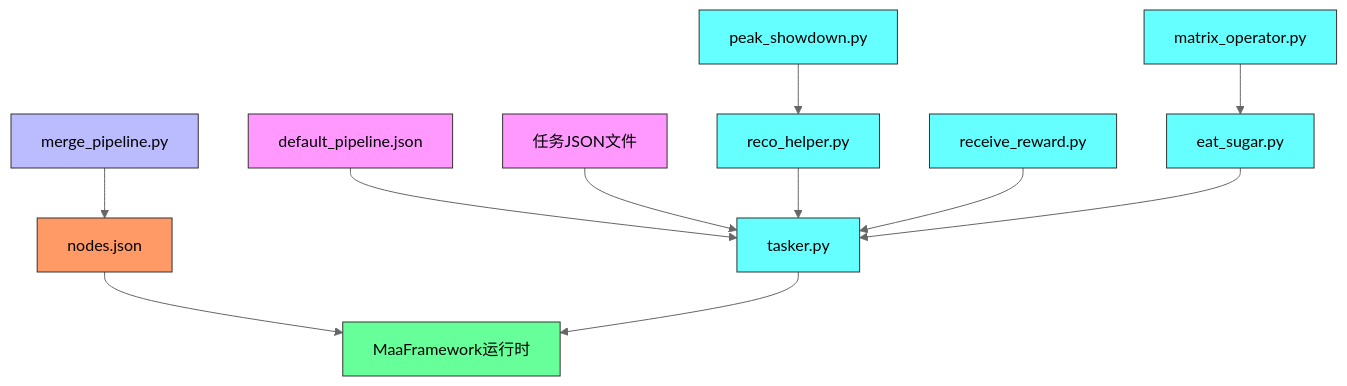
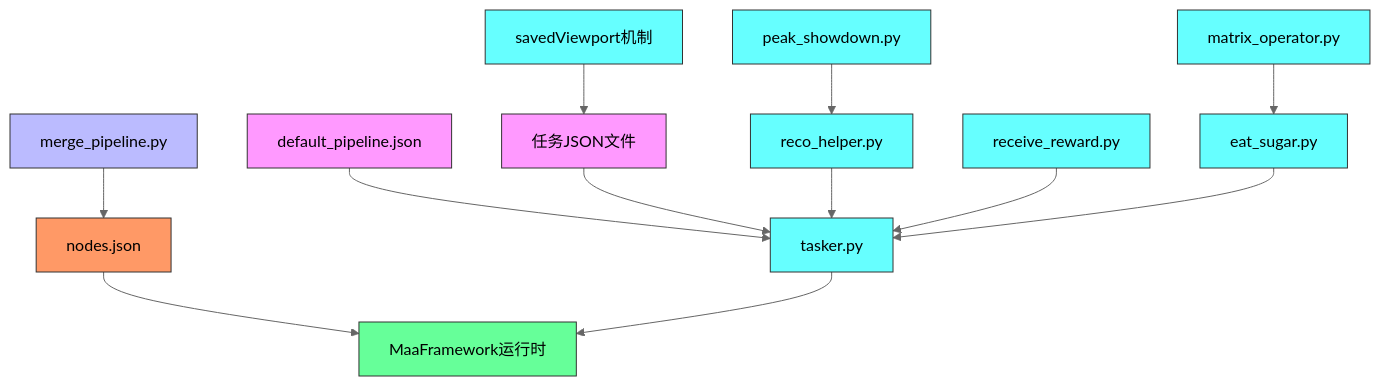
The tenth of 10 diagrams in .qoder/repowiki/zh/content/资源与配置管理/任务流水线配置/任务流水线配置结构/任务流水线配置结构.md (kqcoxn/MaaDuDuL), drawn with Mermaid (neutral theme) before and after one commit. The commit also changed other lines of this file and 12 other files, not shown here.

````diff
--- a/.qoder/repowiki/zh/content/资源与配置管理/任务流水线配置/任务流水线配置结构/任务流水线配置结构.md
+++ b/.qoder/repowiki/zh/content/资源与配置管理/任务流水线配置/任务流水线配置结构/任务流水线配置结构.md
@@ -339,24 +396,26 @@
 ```mermaid
 graph TD
 A[default_pipeline.json] --> F
 B[任务JSON文件] --> F
 C[merge_pipeline.py] --> D[nodes.json]
 D --> E[MaaFramework运行时]
 F[tasker.py] --> E
 G[reco_helper.py] --> F
 H[peak_showdown.py] --> G
 I[receive_reward.py] --> F
 J[eat_sugar.py] --> F
 K[matrix_operator.py] --> J
+L[savedViewport机制] --> B
 style A fill:#f9f,stroke:#333
 style B fill:#f9f,stroke:#333
 style C fill:#bbf,stroke:#333
 style D fill:#f96,stroke:#333
 style E fill:#6f9,stroke:#333
 style F fill:#6ff,stroke:#333
 style G fill:#6ff,stroke:#333
 style H fill:#6ff,stroke:#333
 style I fill:#6ff,stroke:#333
 style J fill:#6ff,stroke:#333
 style K fill:#6ff,stroke:#333
+style L fill:#6ff,stroke:#333
 ```
````
